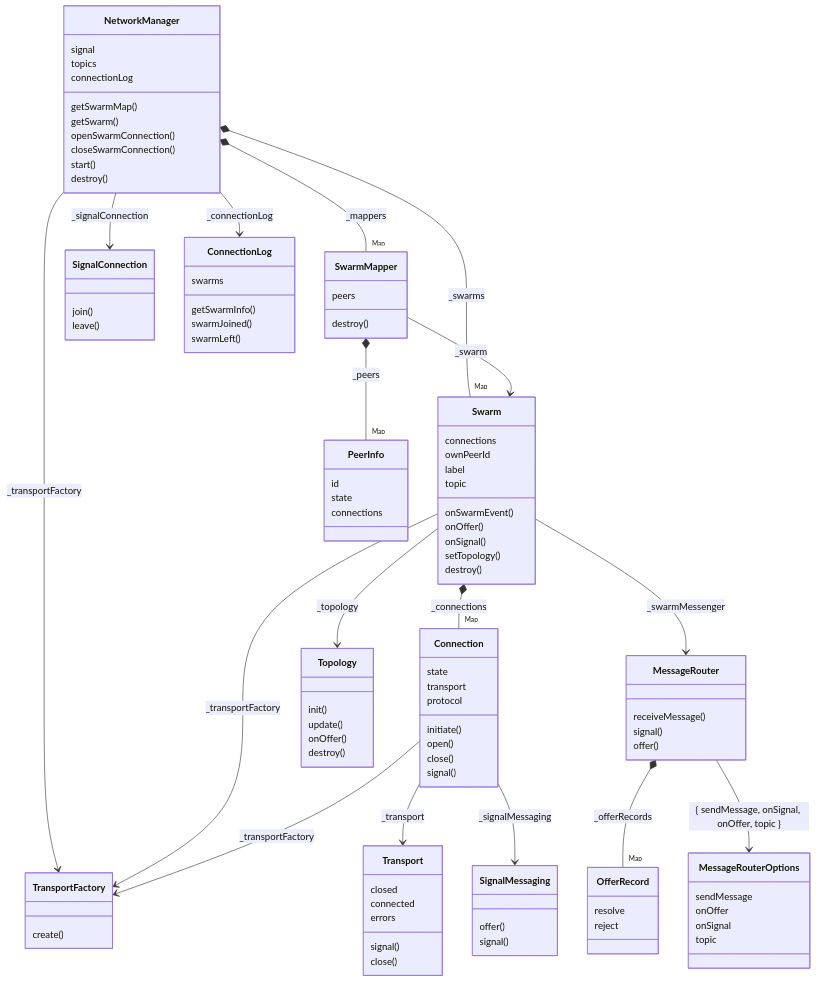
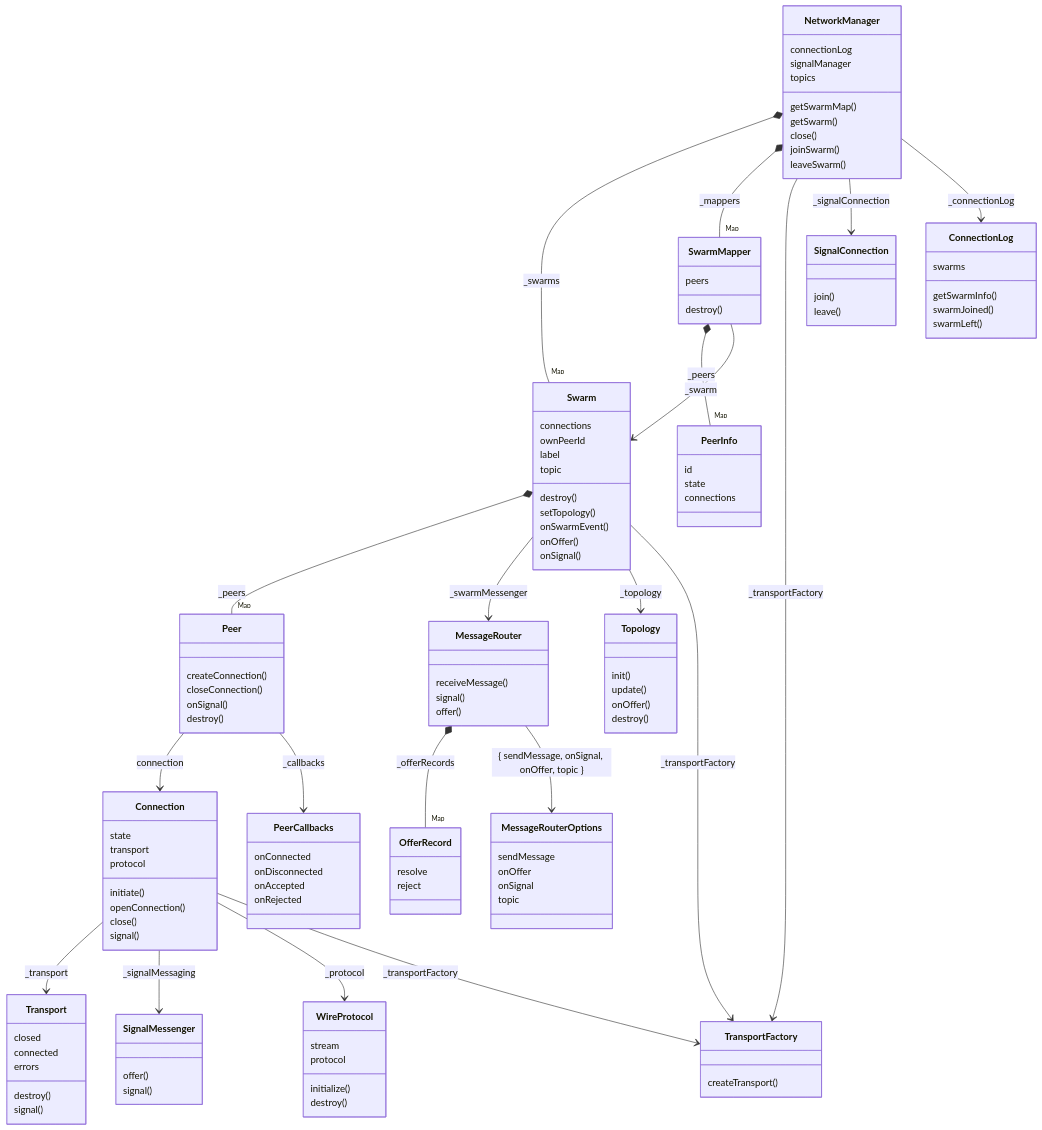
One commit to dxos/dxos changed the first of 2 diagrams in packages/core/mesh/network-manager/docs/README.md. Above: the diagram before and after it, drawn with Mermaid. The commit also changed other lines of this file and 41 other files, not shown here.

```diff
--- a/packages/core/mesh/network-manager/docs/README.md
+++ b/packages/core/mesh/network-manager/docs/README.md
@@ -9,64 +9,86 @@
 direction TB
 
 class NetworkManager {
-  signal
+  connectionLog
+  signalManager
   topics
-  connectionLog
   getSwarmMap()
   getSwarm()
-  openSwarmConnection()
-  closeSwarmConnection()
-  start()
-  destroy()
+  close()
+  joinSwarm()
+  leaveSwarm()
 }
-NetworkManager --> TransportFactory : _transportFactory
 NetworkManager *-- "Map" Swarm : _swarms
 NetworkManager *-- "Map" SwarmMapper : _mappers
+NetworkManager --> TransportFactory : _transportFactory
 NetworkManager --> SignalConnection : _signalConnection
 NetworkManager --> ConnectionLog : _connectionLog
-class TransportFactory {
-<interface>
-  create()
-}
 class Swarm {
   connections
   ownPeerId
   label
   topic
+  destroy()
+  setTopology()
   onSwarmEvent()
   onOffer()
   onSignal()
-  setTopology()
-  destroy()
 }
-Swarm *-- "Map" Connection : _connections
+Swarm *-- "Map" Peer : _peers
 Swarm --> MessageRouter : _swarmMessenger
 Swarm --> Topology : _topology
 Swarm --> TransportFactory : _transportFactory
+class Peer {
+  createConnection()
+  closeConnection()
+  onSignal()
+  destroy()
+}
+Peer --> Connection : connection
+Peer --> PeerCallbacks : _callbacks
 class Connection {
   state
   transport
   protocol
   initiate()
-  open()
+  openConnection()
   close()
   signal()
 }
 Connection --> Transport : _transport
-Connection --> SignalMessaging : _signalMessaging
+Connection --> SignalMessenger : _signalMessaging
+Connection --> WireProtocol : _protocol
 Connection --> TransportFactory : _transportFactory
 class Transport {
-<interface>
+  <interface>
   closed
   connected
   errors
+  destroy()
   signal()
-  close()
 }
-class SignalMessaging {
-<interface>
+class SignalMessenger {
+  <interface>
   offer()
   signal()
+}
+class WireProtocol {
+  <interface>
+  stream
+  protocol
+  initialize()
+  destroy()
+}
+class TransportFactory {
+  <interface>
+  createTransport()
+}
+class PeerCallbacks {
+  <interface>
+  onConnected
+  onDisconnected
+  onAccepted
+  onRejected
 }
 class MessageRouter {
   receiveMessage()
@@ -76,19 +98,19 @@
 MessageRouter *-- "Map" OfferRecord : _offerRecords
 MessageRouter --> MessageRouterOptions : { sendMessage, onSignal, onOffer, topic }
 class OfferRecord {
-<interface>
+  <interface>
   resolve
   reject
 }
 class MessageRouterOptions {
-<interface>
+  <interface>
   sendMessage
   onOffer
   onSignal
   topic
 }
 class Topology {
-<interface>
+  <interface>
   init()
   update()
   onOffer()
@@ -101,13 +123,13 @@
 SwarmMapper *-- "Map" PeerInfo : _peers
 SwarmMapper --> Swarm : _swarm
 class PeerInfo {
-<interface>
+  <interface>
   id
   state
   connections
 }
 class SignalConnection {
-<interface>
+  <interface>
   join()
   leave()
 }
```
